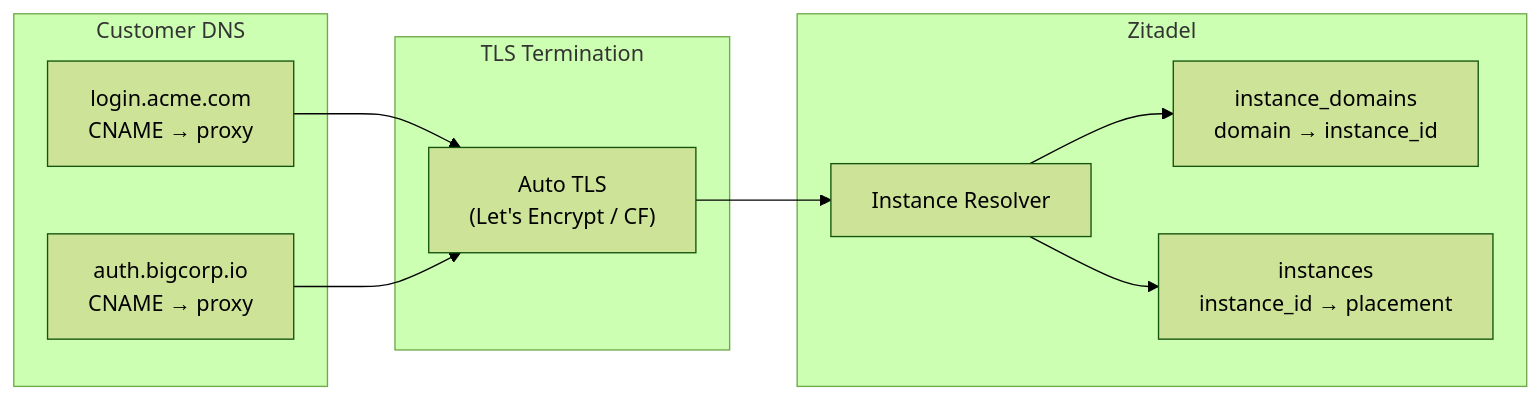
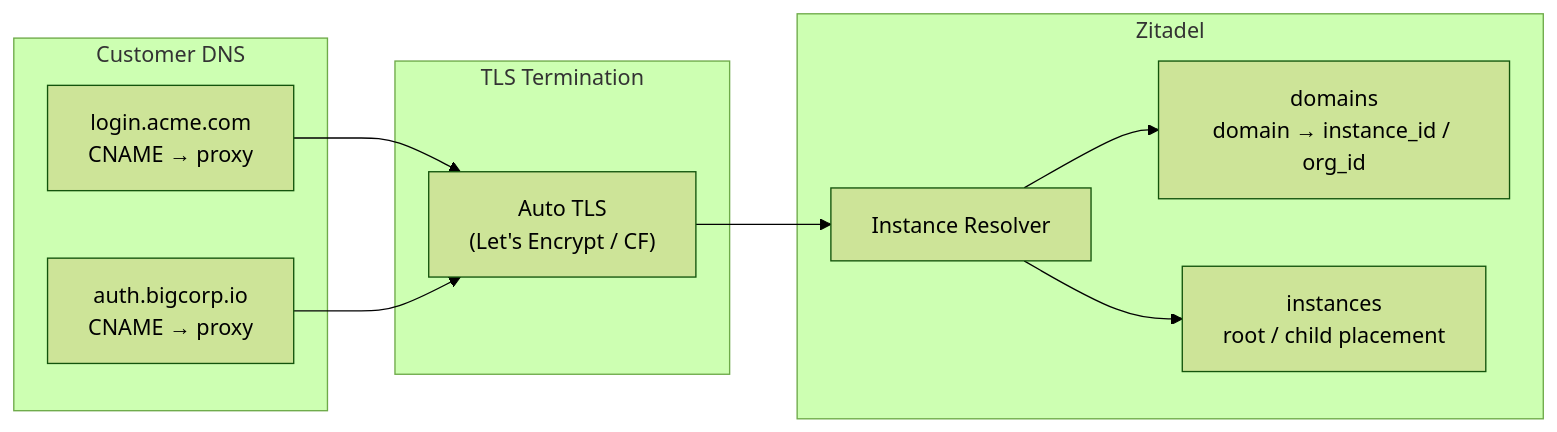
The third of 3 diagrams in docs/architecture/overview.md (fforootd/hodor), drawn with Mermaid (forest theme) before and after one commit. The commit also changed other lines of this file and 107 other files, not shown here.

````diff
--- a/docs/architecture/overview.md
+++ b/docs/architecture/overview.md
@@ -192,23 +192,23 @@
 ```mermaid
 graph LR
     subgraph Customer_DNS["Customer DNS"]
         D1["login.acme.com<br/>CNAME → proxy"]
         D2["auth.bigcorp.io<br/>CNAME → proxy"]
     end
 
     subgraph Proxy["TLS Termination"]
         AutoTLS["Auto TLS<br/>(Let's Encrypt / CF)"]
     end
 
     subgraph Zitadel
         DR["Instance Resolver"]
-        Domains["instance_domains<br/>domain → instance_id"]
-        Instances["instances<br/>instance_id → placement"]
+        Domains["domains<br/>domain → instance_id / org_id"]
+        Instances["instances<br/>root / child placement"]
     end
 
     D1 --> AutoTLS
     D2 --> AutoTLS
     AutoTLS --> DR
     DR --> Domains
     DR --> Instances
 ```
````
